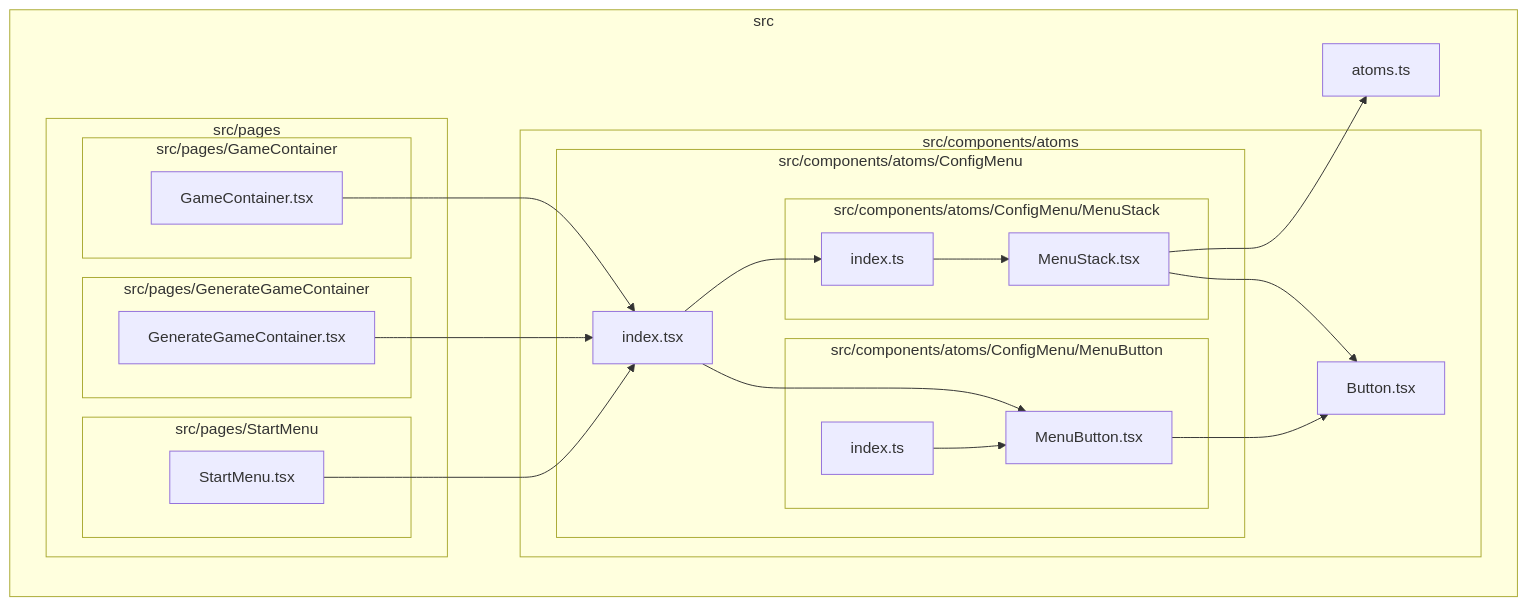
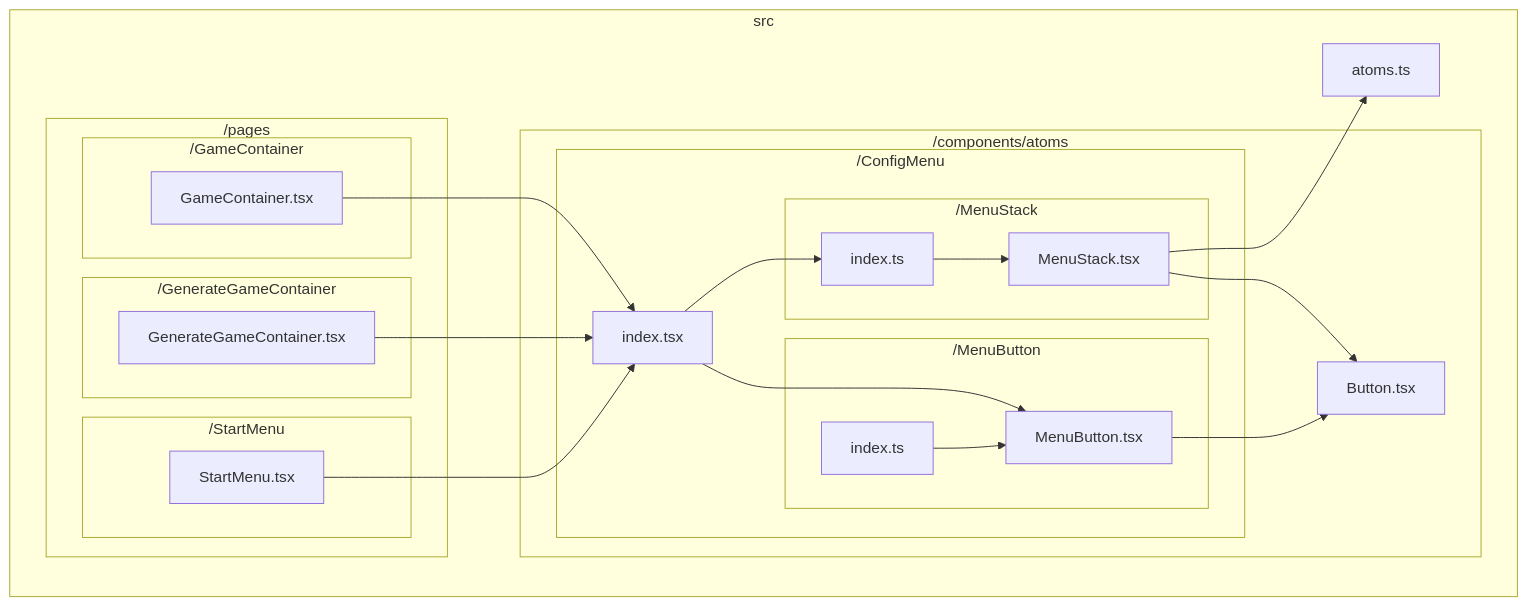
Before and after one commit to ysk8hori/typescript-graph: the diagram in README.md, drawn with Mermaid. The commit also changed other lines of this file and 1 other file, not shown here.

````diff
--- a/README.md
+++ b/README.md
@@ -11,41 +11,42 @@
 ```mermaid
-flowchart TB
+flowchart
+    classDef dir fill:#0000,stroke:#999
     subgraph src["src"]
         src/atoms.ts["atoms.ts"]
-    subgraph src/components/atoms["src/components/atoms"]
-        src/components/atoms/Button.tsx["Button.tsx"]
-    subgraph src/components/atoms/ConfigMenu["src/components/atoms/ConfigMenu"]
-        src/components/atoms/ConfigMenu/index.tsx["index.tsx"]
-    subgraph src/components/atoms/ConfigMenu/MenuStack["src/components/atoms/ConfigMenu/MenuStack"]
-        src/components/atoms/ConfigMenu/MenuStack/MenuStack.tsx["MenuStack.tsx"]
-        src/components/atoms/ConfigMenu/MenuStack/index.ts["index.ts"]
-    end
-    subgraph src/components/atoms/ConfigMenu/MenuButton["src/components/atoms/ConfigMenu/MenuButton"]
-        src/components/atoms/ConfigMenu/MenuButton/MenuButton.tsx["MenuButton.tsx"]
-        src/components/atoms/ConfigMenu/MenuButton/index.ts["index.ts"]
-    end
-    end
-    end
-    subgraph src/pages["src/pages"]
-    subgraph src/pages/GameContainer["src/pages/GameContainer"]
-        src/pages/GameContainer/GameContainer.tsx["GameContainer.tsx"]
-    end
-    subgraph src/pages/GenerateGameContainer["src/pages/GenerateGameContainer"]
-        src/pages/GenerateGameContainer/GenerateGameContainer.tsx["GenerateGameContainer.tsx"]
-    end
-    subgraph src/pages/StartMenu["src/pages/StartMenu"]
-        src/pages/StartMenu/StartMenu.tsx["StartMenu.tsx"]
-    end
-    end
+        subgraph src/components/atoms["/components/atoms"]
+            src/components/atoms/Button.tsx["Button.tsx"]
+            subgraph src/components/atoms/ConfigMenu["/ConfigMenu"]
+                src/components/atoms/ConfigMenu/index.tsx["index.tsx"]
+                subgraph src/components/atoms/ConfigMenu/MenuStack["/MenuStack"]
+                    src/components/atoms/ConfigMenu/MenuStack/MenuStack.tsx["MenuStack.tsx"]
+                    src/components/atoms/ConfigMenu/MenuStack/index.ts["index.ts"]
+                end
+                subgraph src/components/atoms/ConfigMenu/MenuButton["/MenuButton"]
+                    src/components/atoms/ConfigMenu/MenuButton/MenuButton.tsx["MenuButton.tsx"]
+                    src/components/atoms/ConfigMenu/MenuButton/index.ts["index.ts"]
+                end
+            end
+        end
+        subgraph src/pages["/pages"]
+            subgraph src/pages/GameContainer["/GameContainer"]
+                src/pages/GameContainer/GameContainer.tsx["GameContainer.tsx"]
+            end
+            subgraph src/pages/GenerateGameContainer["/GenerateGameContainer"]
+                src/pages/GenerateGameContainer/GenerateGameContainer.tsx["GenerateGameContainer.tsx"]
+            end
+            subgraph src/pages/StartMenu["/StartMenu"]
+                src/pages/StartMenu/StartMenu.tsx["StartMenu.tsx"]
+            end
+        end
     end
     src/components/atoms/ConfigMenu/MenuStack/MenuStack.tsx-->src/atoms.ts
     src/components/atoms/ConfigMenu/MenuStack/MenuStack.tsx-->src/components/atoms/Button.tsx
     src/components/atoms/ConfigMenu/MenuStack/index.ts-->src/components/atoms/ConfigMenu/MenuStack/MenuStack.tsx
     src/components/atoms/ConfigMenu/MenuButton/MenuButton.tsx-->src/components/atoms/Button.tsx
     src/components/atoms/ConfigMenu/index.tsx-->src/components/atoms/ConfigMenu/MenuStack/index.ts
     src/components/atoms/ConfigMenu/index.tsx-->src/components/atoms/ConfigMenu/MenuButton/MenuButton.tsx
     src/pages/GameContainer/GameContainer.tsx-->src/components/atoms/ConfigMenu/index.tsx
     src/pages/GenerateGameContainer/GenerateGameContainer.tsx-->src/components/atoms/ConfigMenu/index.tsx
     src/pages/StartMenu/StartMenu.tsx-->src/components/atoms/ConfigMenu/index.tsx
     src/components/atoms/ConfigMenu/MenuButton/index.ts-->src/components/atoms/ConfigMenu/MenuButton/MenuButton.tsx
 ```
````
